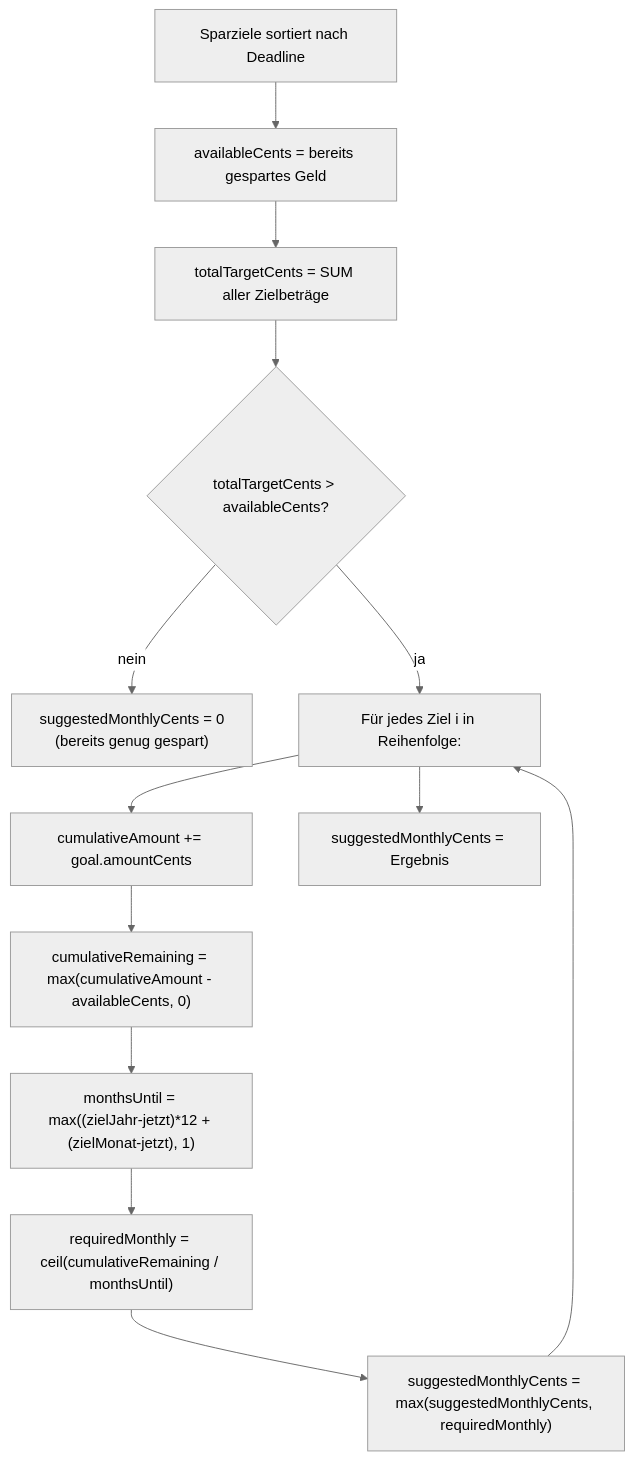
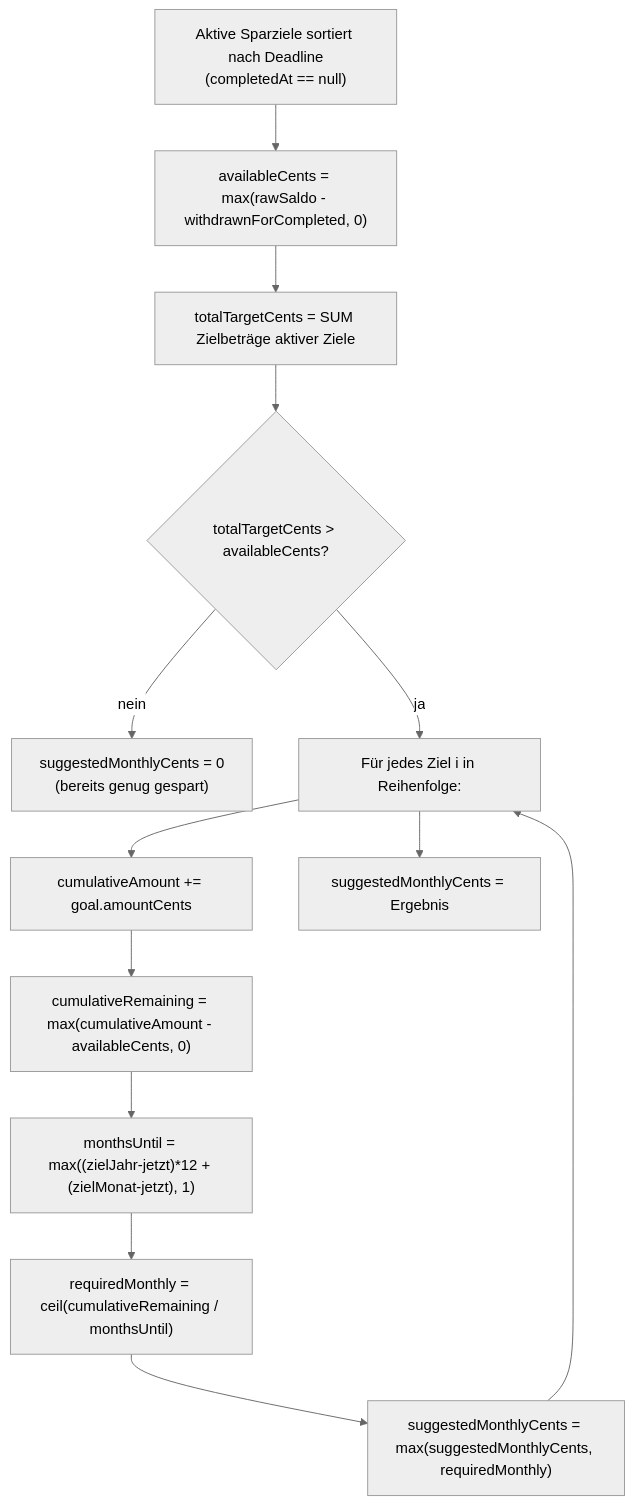
The diagram in docs/calculations/07-sparziele.md (konradthiemann/Doewe), drawn with Mermaid (neutral theme) before and after one commit. The commit also changed other lines of this file and 45 other files, not shown here.

````diff
--- a/docs/calculations/07-sparziele.md
+++ b/docs/calculations/07-sparziele.md
@@ -70,16 +118,16 @@
 ```mermaid
 flowchart TD
-    A["Sparziele sortiert nach Deadline"] --> B
-    B["availableCents = bereits gespartes Geld"] --> C
-    C["totalTargetCents = SUM aller Zielbeträge"] --> D
+    A["Aktive Sparziele sortiert nach Deadline\n(completedAt == null)"] --> B
+    B["availableCents = max(rawSaldo - withdrawnForCompleted, 0)"] --> C
+    C["totalTargetCents = SUM Zielbeträge aktiver Ziele"] --> D
     D{totalTargetCents > availableCents?}
     D -->|nein| ZERO["suggestedMonthlyCents = 0\n(bereits genug gespart)"]
     D -->|ja| LOOP["Für jedes Ziel i in Reihenfolge:"]
     LOOP --> CUM["cumulativeAmount += goal.amountCents"]
     CUM --> REM["cumulativeRemaining = max(cumulativeAmount - availableCents, 0)"]
     REM --> MONTHS["monthsUntil = max((zielJahr-jetzt)*12 + (zielMonat-jetzt), 1)"]
     MONTHS --> REQ["requiredMonthly = ceil(cumulativeRemaining / monthsUntil)"]
     REQ --> MAX["suggestedMonthlyCents = max(suggestedMonthlyCents, requiredMonthly)"]
     MAX --> LOOP
     LOOP --> DONE["suggestedMonthlyCents = Ergebnis"]
 ```
````
